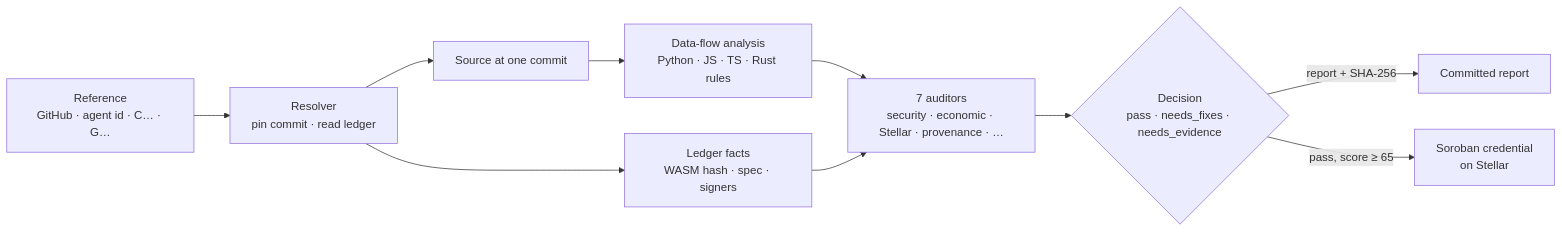
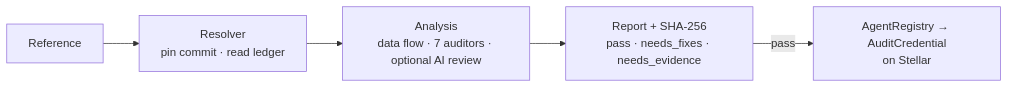
Before and after one commit to furkan3152/Touchmark_agent: the diagram in README.md, drawn with Mermaid. The commit also changed other lines of this file and 37 other files, not shown here.

First line of the commit message:
Trim the docs to one architecture and one evidence page; make every claim checkable

````diff
--- a/README.md
+++ b/README.md
@@ -50,12 +86,7 @@
 ```mermaid
 flowchart LR
-    R["Reference<br/>GitHub · agent id · C… · G…"] --> RES["Resolver<br/>pin commit · read ledger"]
-    RES --> SRC["Source at one commit"]
-    RES --> CHAIN["Ledger facts<br/>WASM hash · spec · signers"]
-    SRC --> DF["Data-flow analysis<br/>Python · JS · TS · Rust rules"]
-    DF --> AUD["7 auditors<br/>security · economic · Stellar · provenance · …"]
-    CHAIN --> AUD
-    AUD --> J{"Decision<br/>pass · needs_fixes · needs_evidence"}
-    J -->|"report + SHA-256"| REP["Committed report"]
-    J -->|"pass, score ≥ 65"| CRED["Soroban credential<br/>on Stellar"]
+    R["Reference"] --> RES["Resolver<br/>pin commit · read ledger"]
+    RES --> AN["Analysis<br/>data flow · 7 auditors · optional AI review"]
+    AN --> REP["Report + SHA-256<br/>pass · needs_fixes · needs_evidence"]
+    REP -->|"pass"| CHAIN["AgentRegistry → AuditCredential<br/>on Stellar"]
 ```
````
